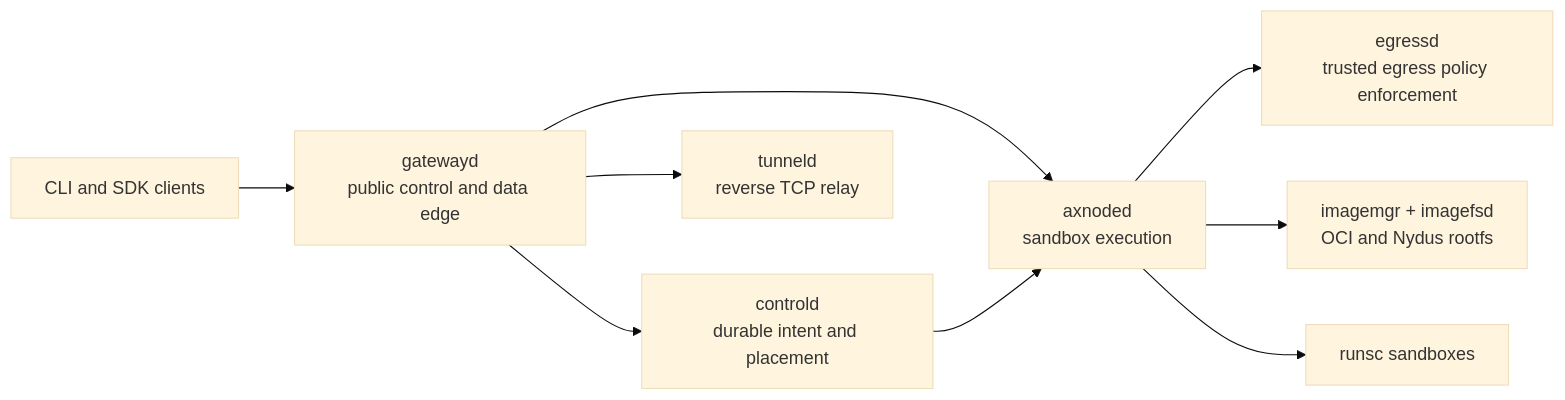
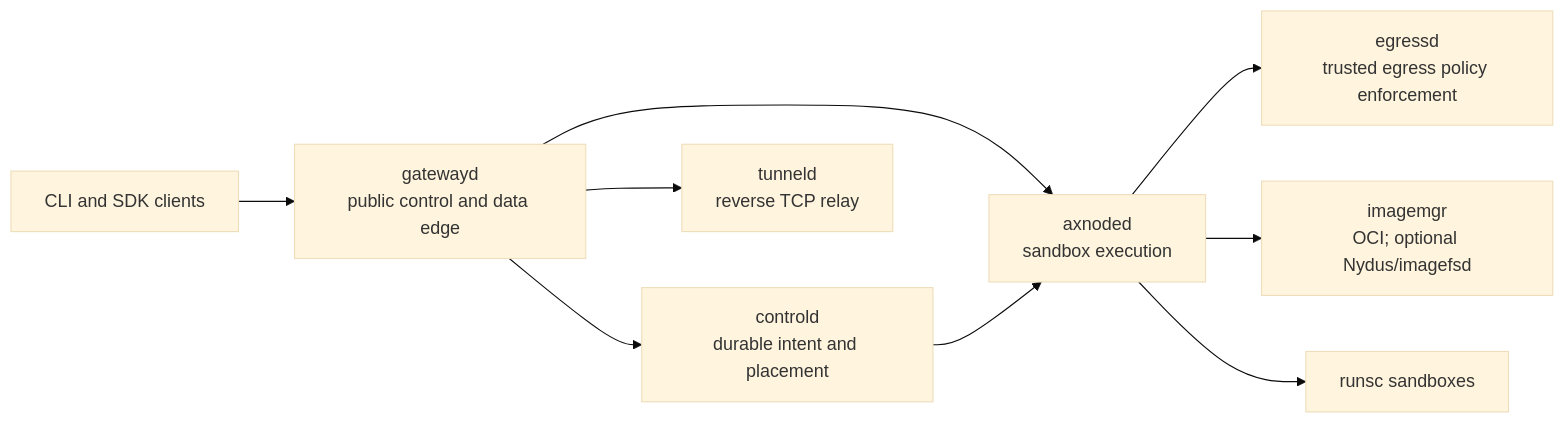
One commit to cofy-x/axern changed the diagram in README.md. Above: the diagram before and after it, drawn with Mermaid (base theme). The commit also changed other lines of this file and 6 other files, not shown here.

````diff
--- a/README.md
+++ b/README.md
@@ -88,11 +97,11 @@
 ```mermaid
 flowchart LR
     Client["CLI and SDK clients"] --> Gateway["gatewayd\npublic control and data edge"]
     Gateway --> Control["controld\ndurable intent and placement"]
     Gateway --> Tunnel["tunneld\nreverse TCP relay"]
     Gateway --> Node["axnoded\nsandbox execution"]
     Control --> Node
     Node --> Egress["egressd\ntrusted egress policy enforcement"]
-    Node --> Image["imagemgr + imagefsd\nOCI and Nydus rootfs"]
+    Node --> Image["imagemgr\nOCI; optional Nydus/imagefsd"]
     Node --> Runtime["runsc sandboxes"]
 ```
````
